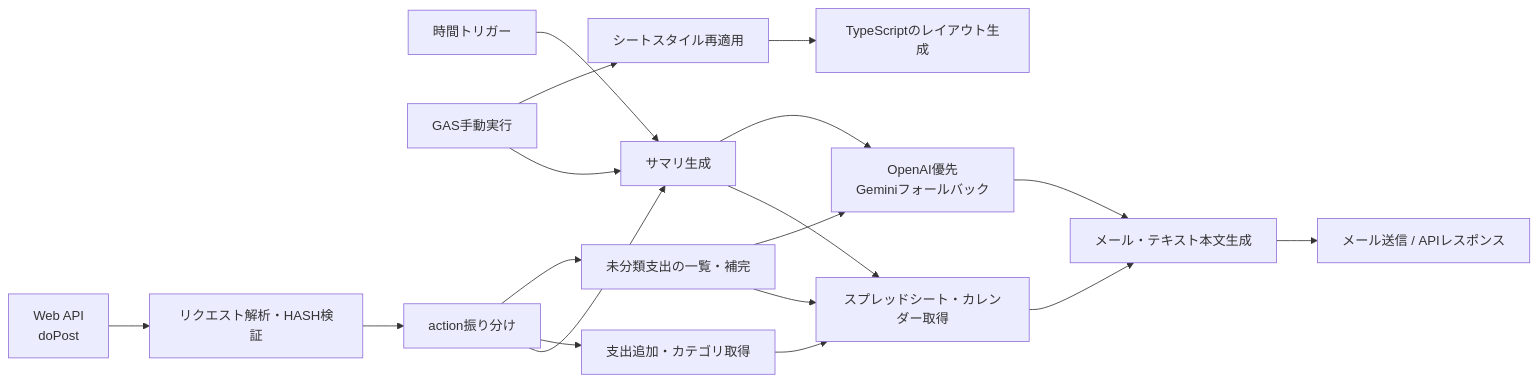
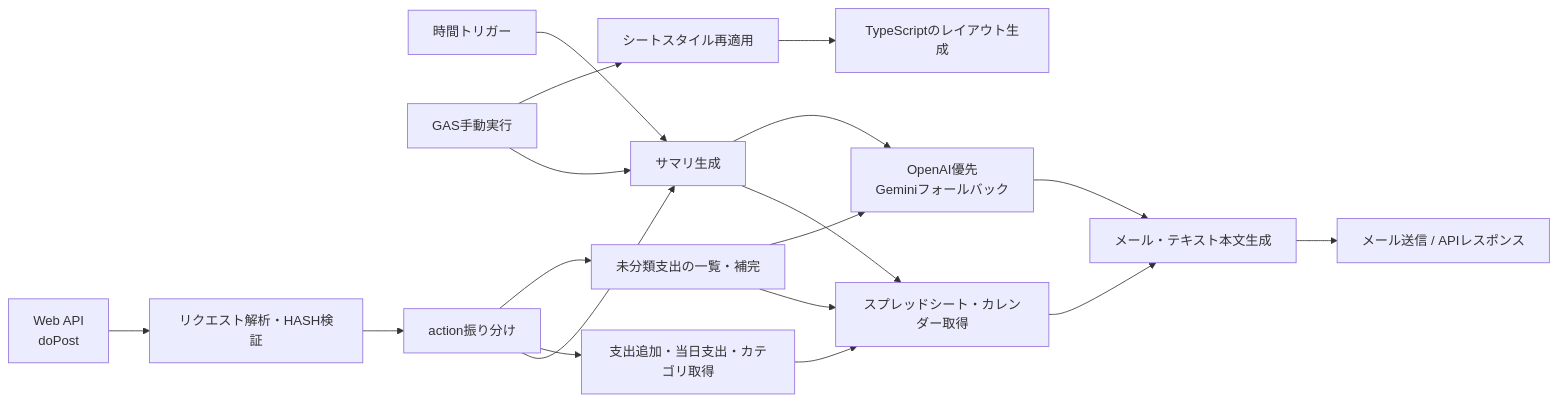
One commit to nnnk7777/BudgetApp changed the second of 2 diagrams in scripts/README.md. Above: the diagram before and after it, drawn with Mermaid. The commit also changed other lines of this file and 7 other files, not shown here.

````diff
--- a/scripts/README.md
+++ b/scripts/README.md
@@ -37,20 +37,20 @@
 ```mermaid
 flowchart LR
     Api["Web API<br/>doPost"] --> Parse["リクエスト解析・HASH検証"]
     Trigger["時間トリガー"] --> Summary
     Manual["GAS手動実行"] --> Summary
     Manual --> Reapply["シートスタイル再適用"]
     Parse --> Dispatch["action振り分け"]
     Dispatch --> Summary["サマリ生成"]
-    Dispatch --> Add["支出追加・カテゴリ取得"]
+    Dispatch --> Add["支出追加・当日支出・カテゴリ取得"]
     Dispatch --> Uncategorized["未分類支出の一覧・補完"]
     Summary --> Sheet["スプレッドシート・カレンダー取得"]
     Summary --> AI["OpenAI優先<br/>Geminiフォールバック"]
     Sheet --> Format["メール・テキスト本文生成"]
     AI --> Format
     Format --> Result["メール送信 / APIレスポンス"]
     Add --> Sheet
     Uncategorized --> Sheet
     Uncategorized --> AI
     Reapply --> Layout["TypeScriptのレイアウト生成"]
 ```
````
